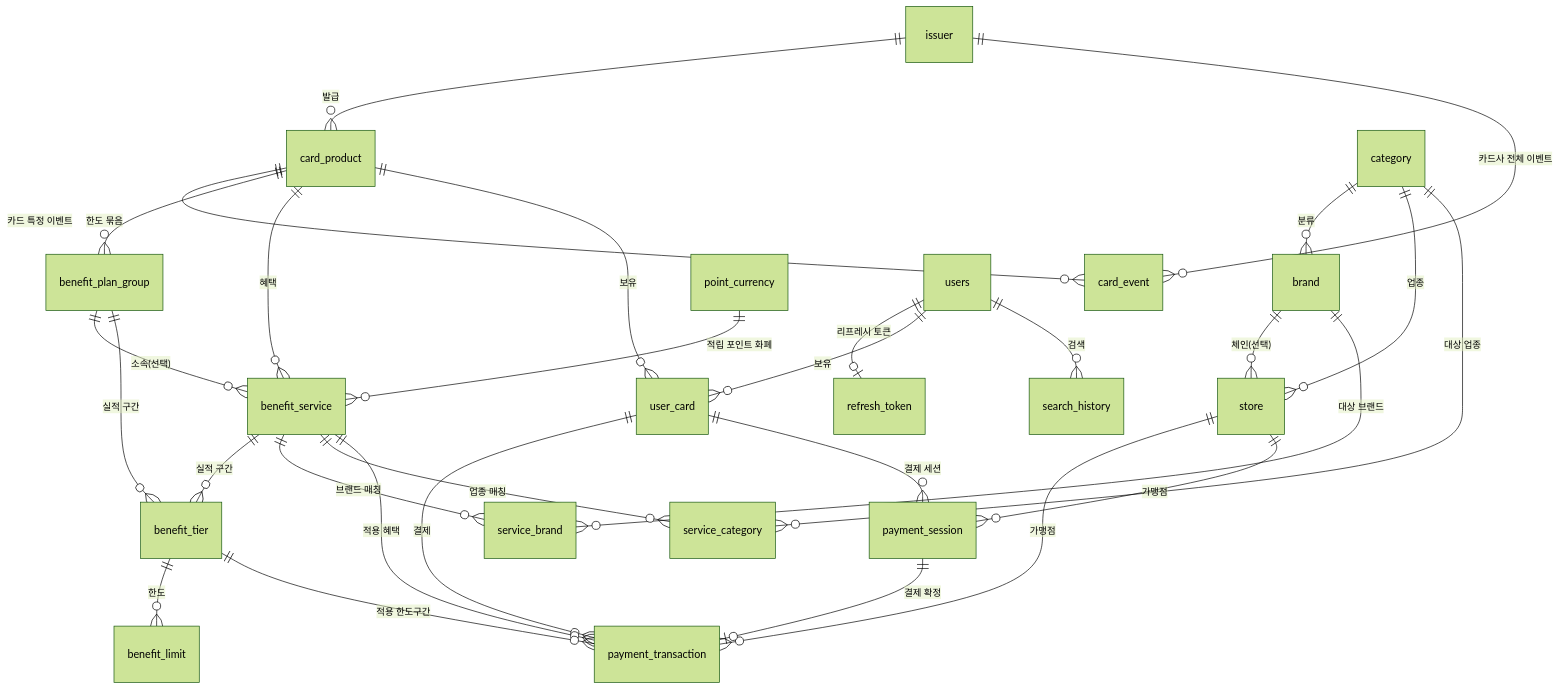
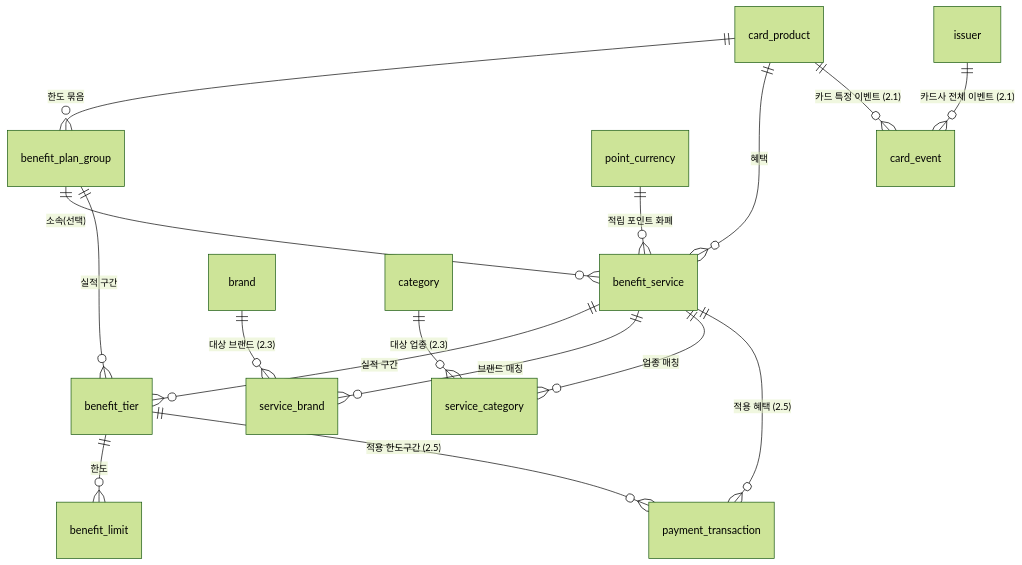
Before and after one commit to heartbeat-kb-town/fitwallet-backend: the second of 5 diagrams in docs/erd.md, drawn with Mermaid (forest theme). The commit also changed other lines of this file, not shown here.

First line of the commit message:
docs: erd.md 테이블 상세를 6열 형식으로 재작성

````diff
--- a/docs/erd.md
+++ b/docs/erd.md
@@ -26,34 +84,18 @@
 ```mermaid
 erDiagram
-    issuer            ||--o{ card_product        : "발급"
-    issuer            ||--o{ card_event          : "카드사 전체 이벤트"
-    card_product      ||--o{ card_event          : "카드 특정 이벤트"
-    card_product      ||--o{ benefit_plan_group  : "한도 묶음"
-    card_product      ||--o{ benefit_service     : "혜택"
-    card_product      ||--o{ user_card           : "보유"
-
-    category          ||--o{ brand               : "분류"
-    category          ||--o{ store               : "업종"
-    category          ||--o{ service_category    : "대상 업종"
-    brand             ||--o{ store               : "체인(선택)"
-    brand             ||--o{ service_brand       : "대상 브랜드"
-
-    point_currency    ||--o{ benefit_service     : "적립 포인트 화폐"
-    benefit_plan_group ||--o{ benefit_service    : "소속(선택)"
-    benefit_plan_group ||--o{ benefit_tier       : "실적 구간"
-    benefit_service   ||--o{ benefit_tier        : "실적 구간"
-    benefit_tier      ||--o{ benefit_limit       : "한도"
-    benefit_service   ||--o{ service_brand       : "브랜드 매칭"
-    benefit_service   ||--o{ service_category    : "업종 매칭"
-
-    users             ||--o| refresh_token       : "리프레시 토큰"
-    users             ||--o{ user_card           : "보유"
-    users             ||--o{ search_history      : "검색"
-    user_card         ||--o{ payment_transaction : "결제"
-    user_card         ||--o{ payment_session     : "결제 세션"
-    store             ||--o{ payment_transaction : "가맹점"
-    store             ||--o{ payment_session     : "가맹점"
-    benefit_service   ||--o{ payment_transaction : "적용 혜택"
-    benefit_tier      ||--o{ payment_transaction : "적용 한도구간"
-    payment_session   ||--o| payment_transaction : "결제 확정"
+    card_product       ||--o{ benefit_plan_group  : "한도 묶음"
+    card_product       ||--o{ benefit_service     : "혜택"
+    point_currency     ||--o{ benefit_service     : "적립 포인트 화폐"
+    benefit_plan_group ||--o{ benefit_service     : "소속(선택)"
+    benefit_plan_group ||--o{ benefit_tier        : "실적 구간"
+    benefit_service    ||--o{ benefit_tier        : "실적 구간"
+    benefit_tier       ||--o{ benefit_limit       : "한도"
+    benefit_service    ||--o{ service_brand       : "브랜드 매칭"
+    benefit_service    ||--o{ service_category    : "업종 매칭"
+    brand              ||--o{ service_brand       : "대상 브랜드 (2.3)"
+    category           ||--o{ service_category    : "대상 업종 (2.3)"
+    issuer             ||--o{ card_event          : "카드사 전체 이벤트 (2.1)"
+    card_product       ||--o{ card_event          : "카드 특정 이벤트 (2.1)"
+    benefit_service    ||--o{ payment_transaction : "적용 혜택 (2.5)"
+    benefit_tier       ||--o{ payment_transaction : "적용 한도구간 (2.5)"
 ```
````
